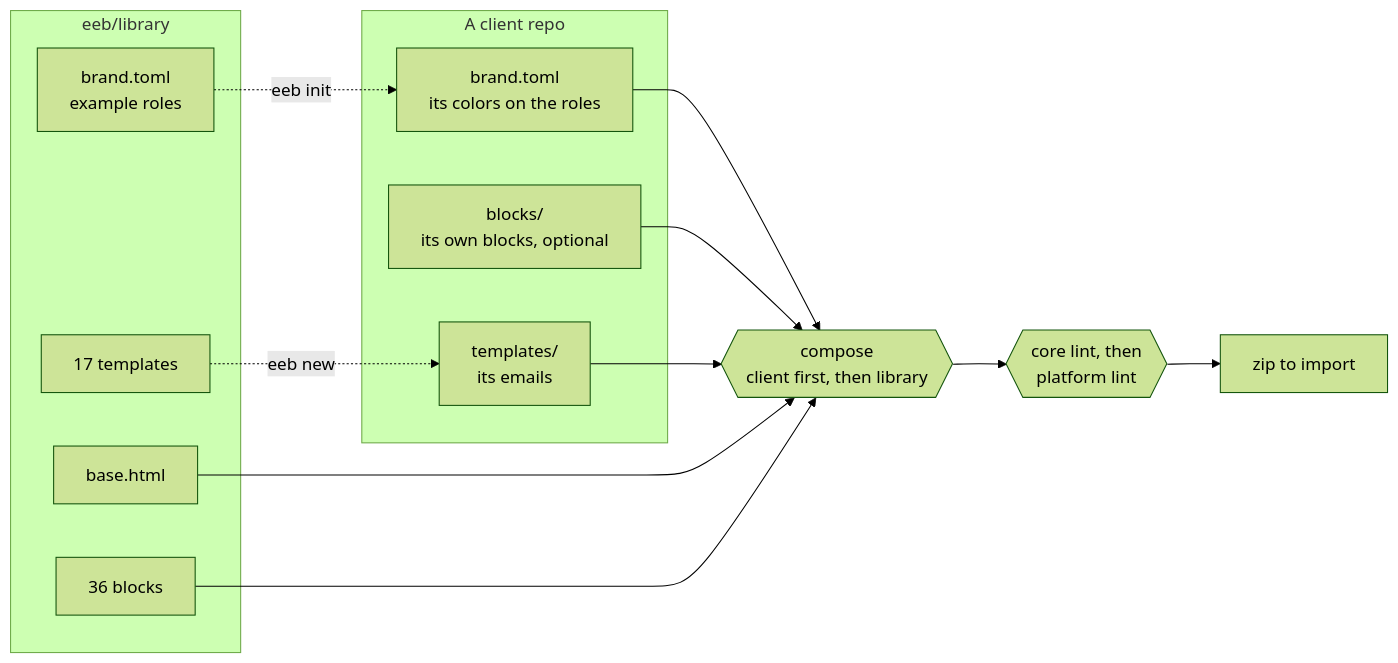
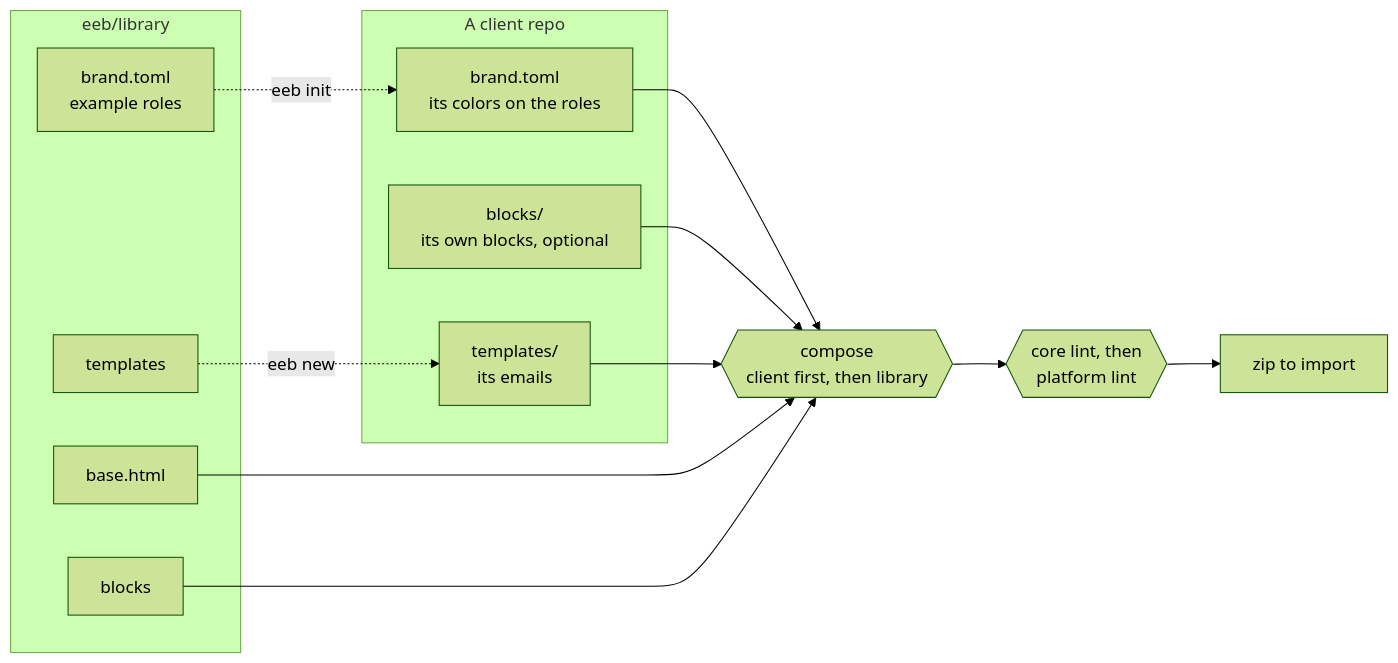
One commit to hulavalle/editable-email-builder changed the diagram in README.md. Above: the diagram before and after it, drawn with Mermaid (forest theme). The commit also changed other lines of this file and 35 other files, not shown here.

First line of the commit message:
Give the existing blocks the options the kit needs, with four kit templates

````diff
--- a/README.md
+++ b/README.md
@@ -46,26 +46,26 @@
 ```mermaid
 flowchart LR
     subgraph library["eeb/library"]
         lbrand["brand.toml<br/>example roles"]
         lbase["base.html"]
-        lblocks["36 blocks"]
-        ltemplates["17 templates"]
+        lblocks["blocks"]
+        ltemplates["templates"]
     end
     subgraph client["A client repo"]
         cbrand["brand.toml<br/>its colors on the roles"]
         cblocks["blocks/<br/>its own blocks, optional"]
         ctemplates["templates/<br/>its emails"]
     end
     compose{{"compose<br/>client first, then library"}}
     lint{{"core lint, then<br/>platform lint"}}
     zip["zip to import"]
 
     ltemplates -. "eeb new" .-> ctemplates
     lbrand -. "eeb init" .-> cbrand
     cbrand --> compose
     cblocks --> compose
     ctemplates --> compose
     lbase --> compose
     lblocks --> compose
     compose --> lint --> zip
 ```
````
